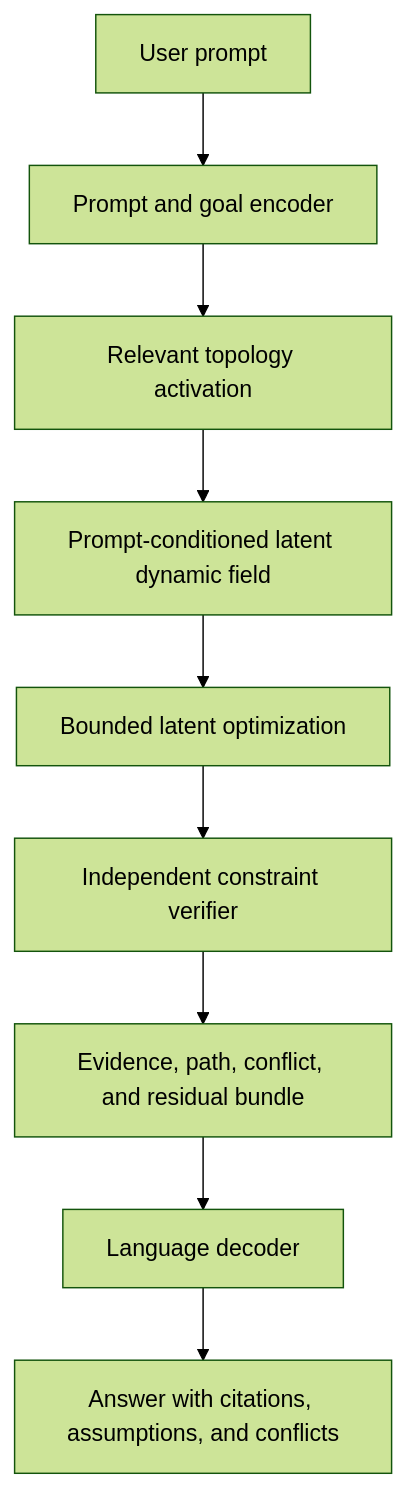
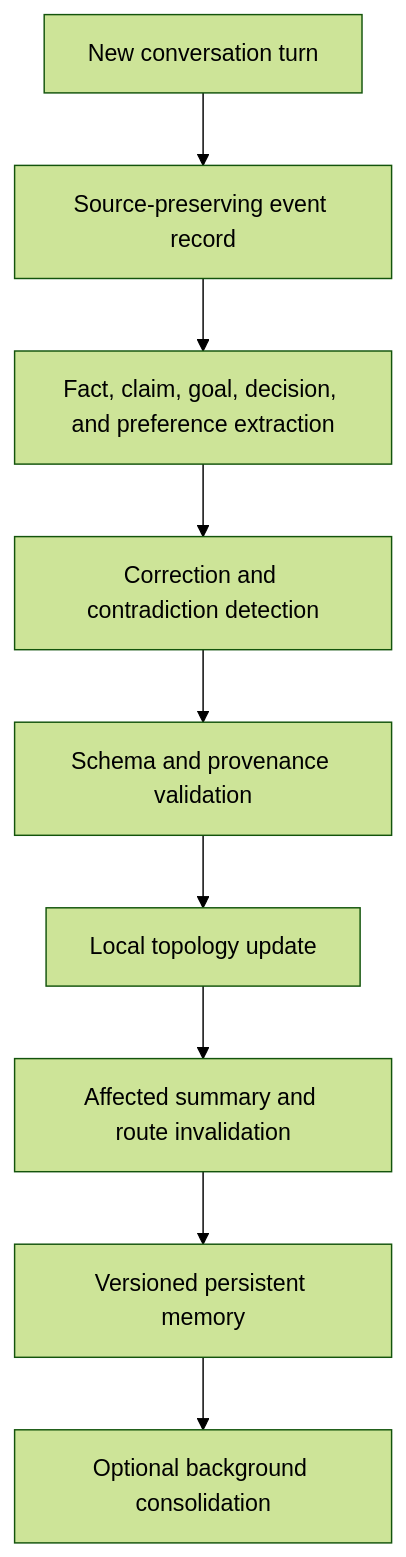
One commit to rishi-ie/LTM changed the fifth of 8 diagrams in docs/architecture.md. Above: the diagram before and after it, drawn with Mermaid (forest theme). The commit also changed other lines of this file, not shown here.

````diff
--- a/docs/architecture.md
+++ b/docs/architecture.md
@@ -278,11 +1596,11 @@
 ```mermaid
 flowchart TD
-    A["User prompt"] --> B["Prompt and goal encoder"]
-    B --> C["Relevant topology activation"]
-    C --> D["Prompt-conditioned latent dynamic field"]
-    D --> E["Bounded latent optimization"]
-    E --> F["Independent constraint verifier"]
-    F --> G["Evidence, path, conflict, and residual bundle"]
-    G --> H["Language decoder"]
-    H --> I["Answer with citations, assumptions, and conflicts"]
+    A["New conversation turn"] --> B["Source-preserving event record"]
+    B --> C["Fact, claim, goal, decision, and preference extraction"]
+    C --> D["Correction and contradiction detection"]
+    D --> E["Schema and provenance validation"]
+    E --> F["Local topology update"]
+    F --> G["Affected summary and route invalidation"]
+    G --> H["Versioned persistent memory"]
+    H --> I["Optional background consolidation"]
 ```
````
